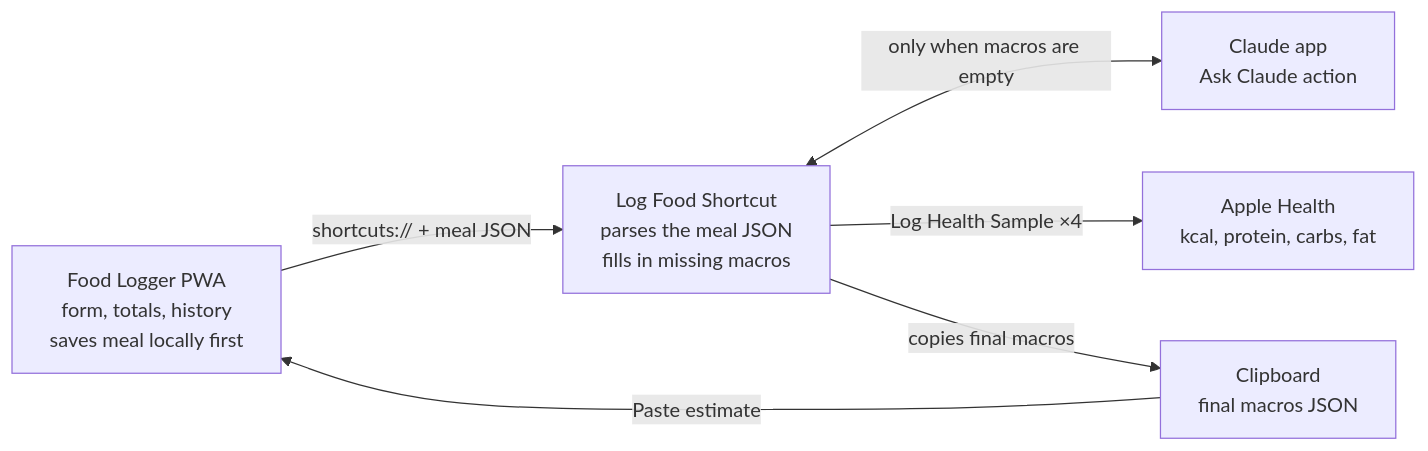
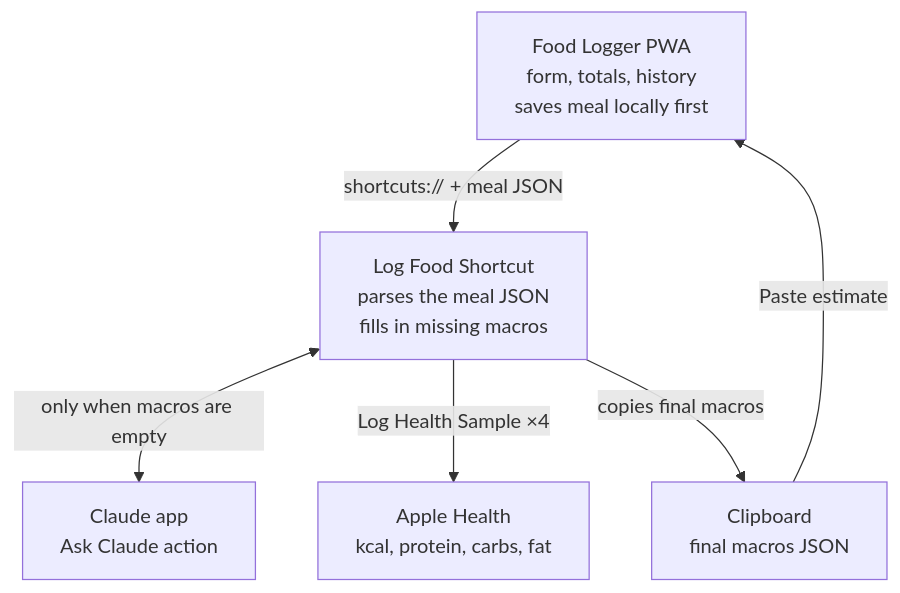
Before and after one commit to leoncheng57/leoncheng57.github.io: the diagram in src/features/automatic-food-logger/DESIGN.md, drawn with Mermaid. The commit also changed other lines of this file and 6 other files, not shown here.

First line of the commit message:
feat: show the Food Logger design doc in the app

````diff
--- a/src/features/automatic-food-logger/DESIGN.md
+++ b/src/features/automatic-food-logger/DESIGN.md
@@ -41,14 +41,15 @@
 ```mermaid
-flowchart LR
+%% title: Food Logger architecture
+flowchart TD
   pwa["Food Logger PWA<br/>form, totals, history<br/>saves meal locally first"]
   shortcut["Log Food Shortcut<br/>parses the meal JSON<br/>fills in missing macros"]
   claude["Claude app<br/>Ask Claude action"]
   health["Apple Health<br/>kcal, protein, carbs, fat"]
   clipboard["Clipboard<br/>final macros JSON"]
 
   pwa -- "shortcuts:// + meal JSON" --> shortcut
   shortcut <-- "only when macros are empty" --> claude
   shortcut -- "Log Health Sample ×4" --> health
   shortcut -- "copies final macros" --> clipboard
   clipboard -- "Paste estimate" --> pwa
 ```
````
